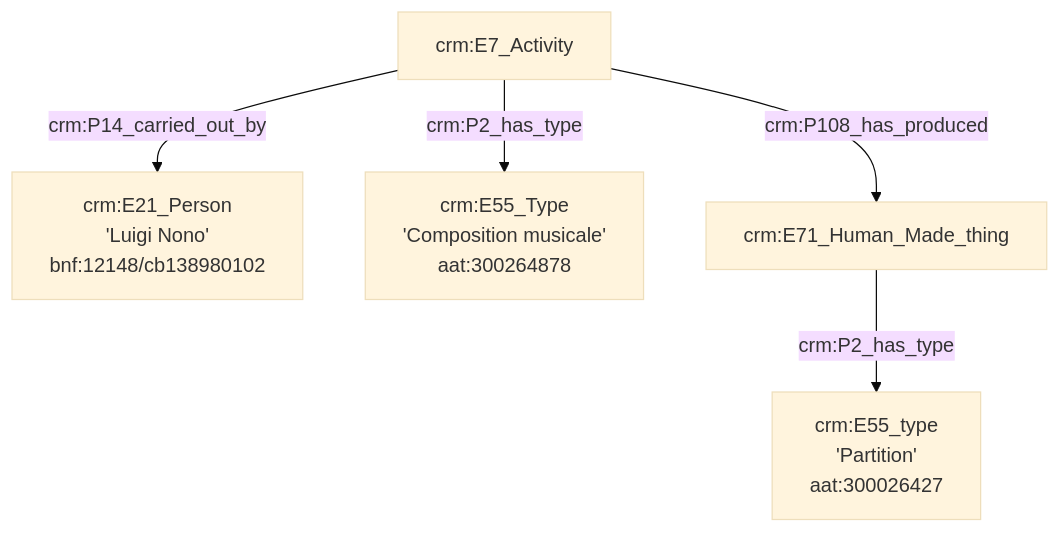
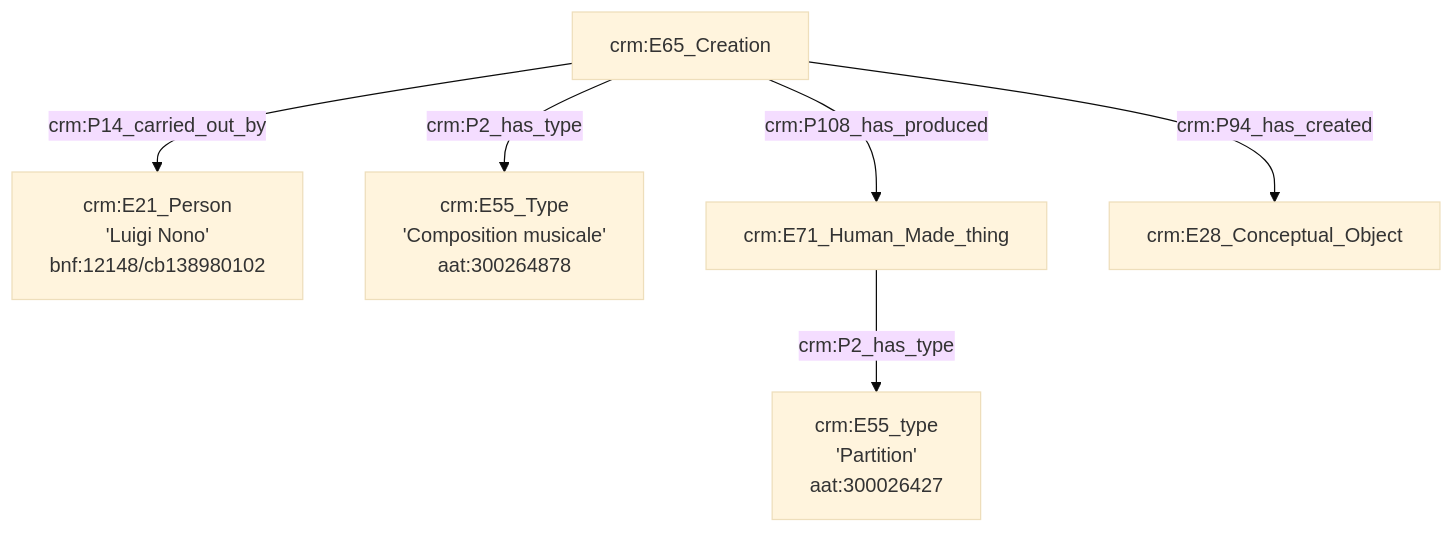
One commit to GusBraud/OntoMatchGameGus changed the first of 5 diagrams in Exemple1.md. Above: the diagram before and after it, drawn with Mermaid (base theme). The commit also changed other lines of this file, not shown here.

````diff
--- a/Exemple1.md
+++ b/Exemple1.md
@@ -3,9 +3,10 @@
 ```mermaid
 graph TD;
 
-A[crm:E7_Activity] --> |crm:P14_carried_out_by| B[crm:E21_Person<br>'Luigi Nono'<br>bnf:12148/cb138980102]
-A[crm:E7_Activity] --> |crm:P2_has_type| C[crm:E55_Type<br>'Composition musicale'<br>aat:300264878]
-A[crm:E7_Activity] --> |crm:P108_has_produced| D[crm:E71_Human_Made_thing]
+A[crm:E65_Creation] --> |crm:P14_carried_out_by| B[crm:E21_Person<br>'Luigi Nono'<br>bnf:12148/cb138980102]
+A[crm:E65_Creation] --> |crm:P2_has_type| C[crm:E55_Type<br>'Composition musicale'<br>aat:300264878]
+A[crm:E65_Creation] --> |crm:P108_has_produced| D[crm:E71_Human_Made_thing]
 D[crm:E71_Human_Made_thing] --> |crm:P2_has_type| E[crm:E55_type<br>'Partition'<br>aat:300026427]
+A[crm:E65_Creation] --> |crm:P94_has_created| G[crm:E28_Conceptual_Object]
 
 ```
````
